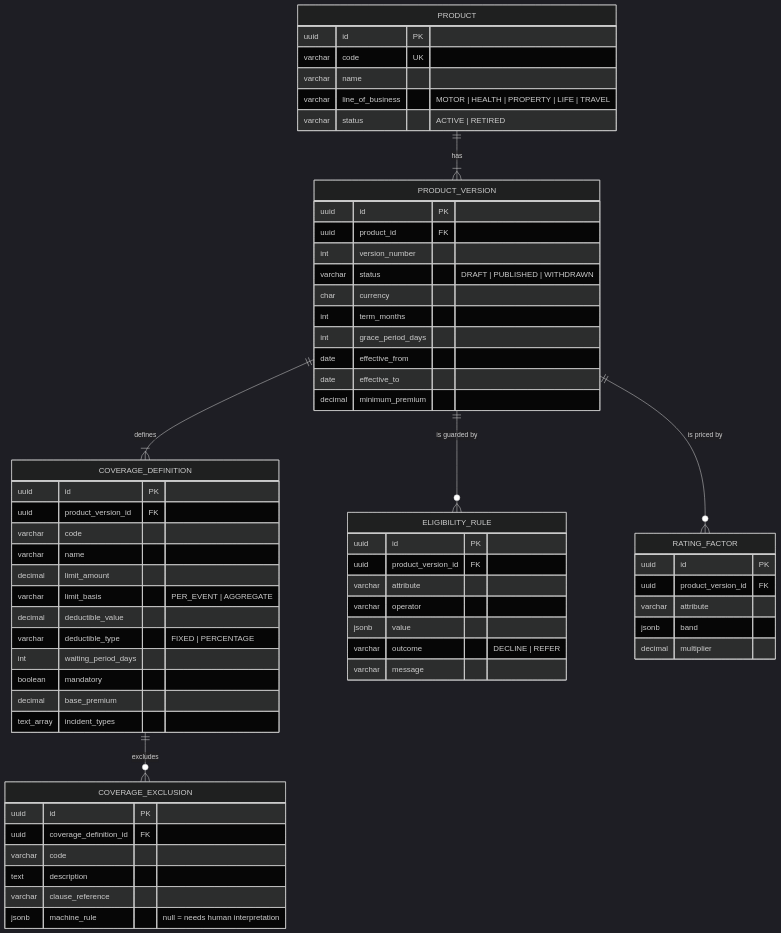
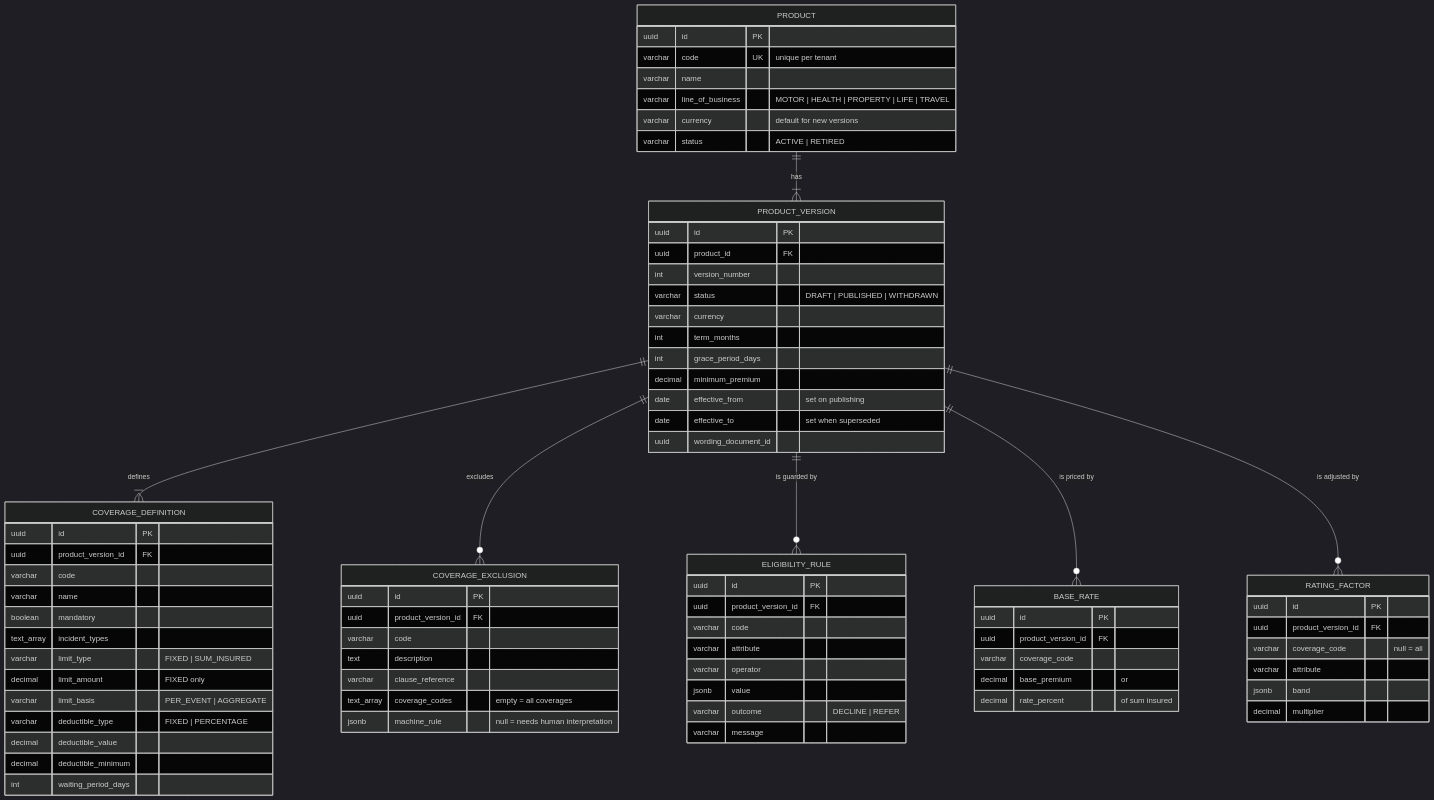
One commit to alekii/alensi-insure changed the third of 9 diagrams in docs/database/erd.md. Above: the diagram before and after it, drawn with Mermaid (dark theme). The commit also changed 31 other files, not shown here.

First line of the commit message:
Add product module: versions, coverages, rating and publishing

````diff
--- a/docs/database/erd.md
+++ b/docs/database/erd.md
@@ -76,65 +76,79 @@
 ```mermaid
 erDiagram
     PRODUCT {
         uuid id PK
-        varchar code UK
+        varchar code UK "unique per tenant"
         varchar name
         varchar line_of_business "MOTOR | HEALTH | PROPERTY | LIFE | TRAVEL"
+        varchar currency "default for new versions"
         varchar status "ACTIVE | RETIRED"
     }
     PRODUCT_VERSION {
         uuid id PK
         uuid product_id FK
         int version_number
         varchar status "DRAFT | PUBLISHED | WITHDRAWN"
-        char currency
+        varchar currency
         int term_months
         int grace_period_days
-        date effective_from
-        date effective_to
         decimal minimum_premium
+        date effective_from "set on publishing"
+        date effective_to "set when superseded"
+        uuid wording_document_id
     }
     COVERAGE_DEFINITION {
         uuid id PK
         uuid product_version_id FK
         varchar code
         varchar name
-        decimal limit_amount
+        boolean mandatory
+        text_array incident_types
+        varchar limit_type "FIXED | SUM_INSURED"
+        decimal limit_amount "FIXED only"
         varchar limit_basis "PER_EVENT | AGGREGATE"
+        varchar deductible_type "FIXED | PERCENTAGE"
         decimal deductible_value
-        varchar deductible_type "FIXED | PERCENTAGE"
+        decimal deductible_minimum
         int waiting_period_days
-        boolean mandatory
-        decimal base_premium
-        text_array incident_types
     }
     COVERAGE_EXCLUSION {
         uuid id PK
-        uuid coverage_definition_id FK
+        uuid product_version_id FK
         varchar code
         text description
         varchar clause_reference
+        text_array coverage_codes "empty = all coverages"
         jsonb machine_rule "null = needs human interpretation"
     }
     ELIGIBILITY_RULE {
         uuid id PK
         uuid product_version_id FK
+        varchar code
         varchar attribute
         varchar operator
         jsonb value
         varchar outcome "DECLINE | REFER"
         varchar message
     }
+    BASE_RATE {
+        uuid id PK
+        uuid product_version_id FK
+        varchar coverage_code
+        decimal base_premium "or"
+        decimal rate_percent "of sum insured"
+    }
     RATING_FACTOR {
         uuid id PK
         uuid product_version_id FK
+        varchar coverage_code "null = all"
         varchar attribute
         jsonb band
         decimal multiplier
     }
     PRODUCT ||--|{ PRODUCT_VERSION : "has"
     PRODUCT_VERSION ||--|{ COVERAGE_DEFINITION : defines
-    COVERAGE_DEFINITION ||--o{ COVERAGE_EXCLUSION : excludes
+    PRODUCT_VERSION ||--o{ COVERAGE_EXCLUSION : excludes
     PRODUCT_VERSION ||--o{ ELIGIBILITY_RULE : "is guarded by"
-    PRODUCT_VERSION ||--o{ RATING_FACTOR : "is priced by"
+    PRODUCT_VERSION ||--o{ BASE_RATE : "is priced by"
+    PRODUCT_VERSION ||--o{ RATING_FACTOR : "is adjusted by"
 ```
````
